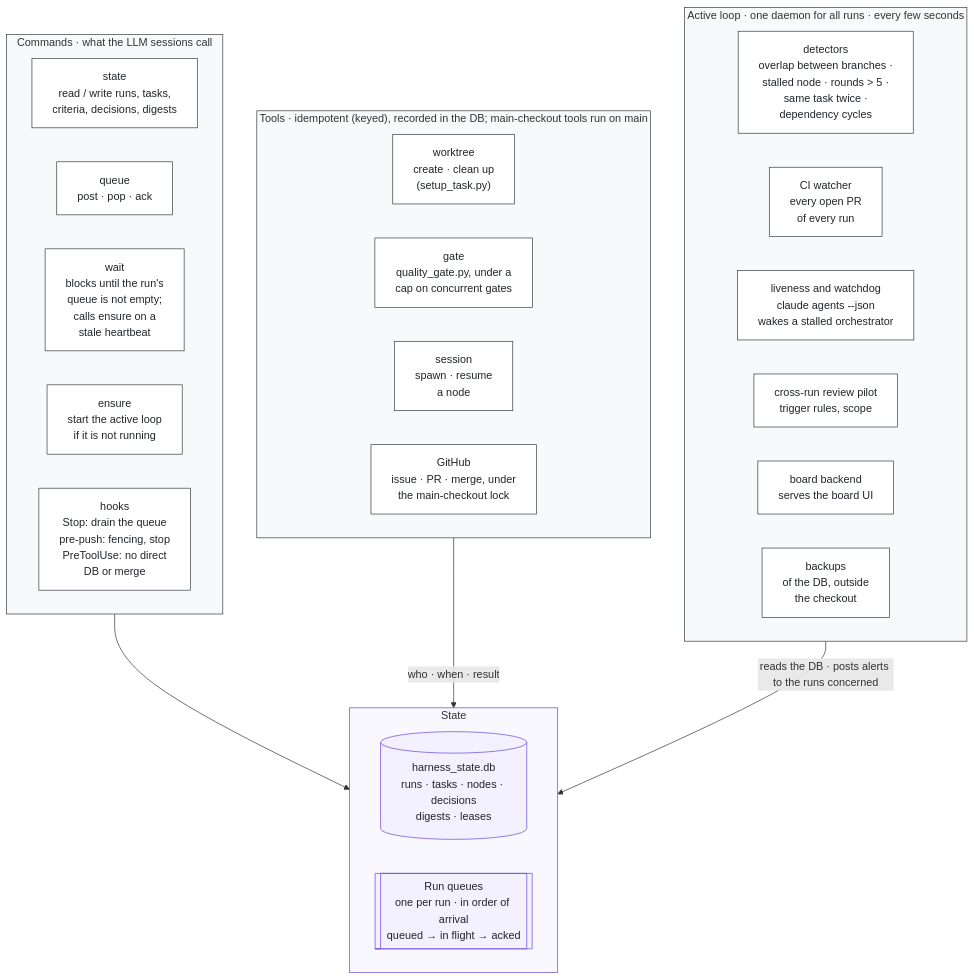
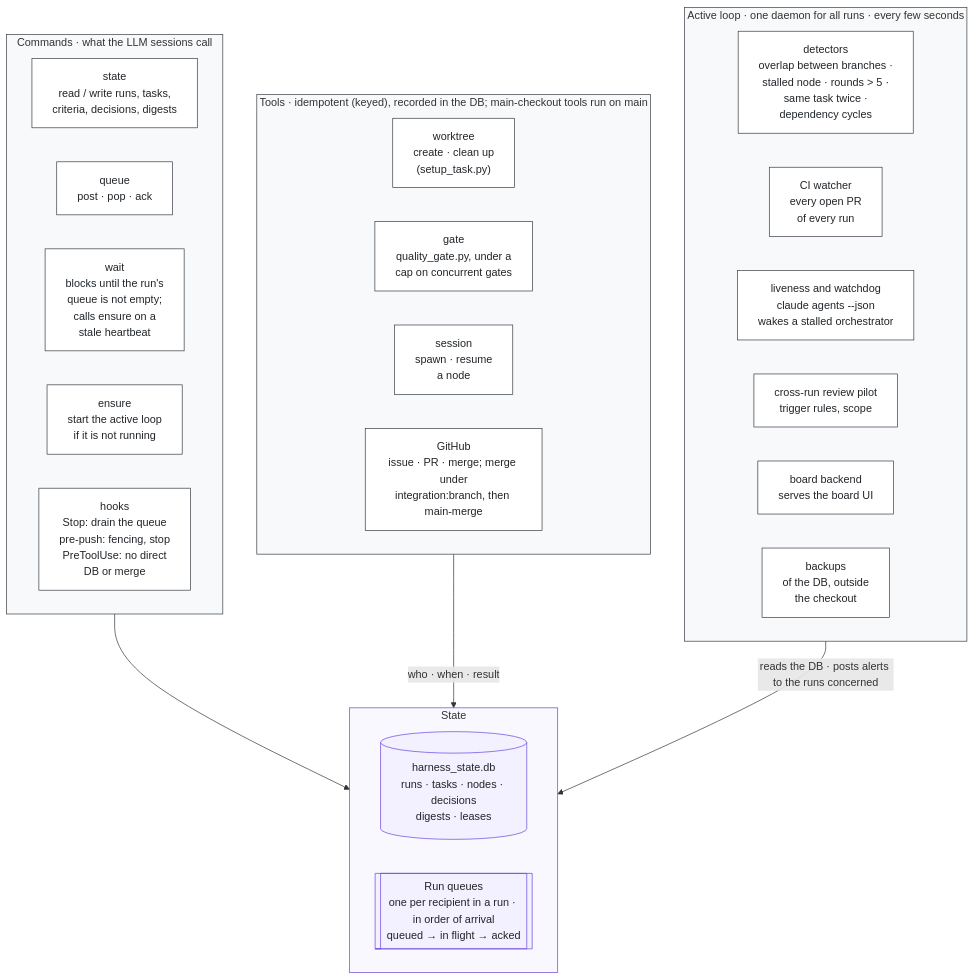
The second of 7 diagrams in docs/epics/QS-369.md (tmenguy/quiet-solar), drawn with Mermaid before and after one commit. The commit also changed other lines of this file, not shown here.

````diff
--- a/docs/epics/QS-369.md
+++ b/docs/epics/QS-369.md
@@ -626,44 +740,44 @@
 ```mermaid
 flowchart TB
     subgraph DOOR["Commands · what the LLM sessions call"]
         direction LR
         c1["state<br/>read / write runs, tasks,<br/>criteria, decisions, digests"]
         c2["queue<br/>post · pop · ack"]
         c3["wait<br/>blocks until the run's<br/>queue is not empty;<br/>calls ensure on a<br/>stale heartbeat"]
         c4["ensure<br/>start the active loop<br/>if it is not running"]
         c5["hooks<br/>Stop: drain the queue<br/>pre-push: fencing, stop<br/>PreToolUse: no direct<br/>DB or merge"]
     end
     subgraph TOOLS["Tools · idempotent (keyed), recorded in the DB; main-checkout tools run on main"]
         direction LR
         t1["worktree<br/>create · clean up<br/>(setup_task.py)"]
         t2["gate<br/>quality_gate.py, under a<br/>cap on concurrent gates"]
         t3["session<br/>spawn · resume<br/>a node"]
-        t4["GitHub<br/>issue · PR · merge, under<br/>the main-checkout lock"]
+        t4["GitHub<br/>issue · PR · merge; merge under<br/>integration:branch, then main-merge"]
     end
     subgraph STATE["State"]
         direction LR
         db[("harness_state.db<br/>runs · tasks · nodes · decisions<br/>digests · leases")]
-        q[["Run queues<br/>one per run · in order of arrival<br/>queued → in flight → acked"]]
+        q[["Run queues<br/>one per recipient in a run · in order of arrival<br/>queued → in flight → acked"]]
     end
     subgraph ACTIVE["Active loop · one daemon for all runs · every few seconds"]
         direction LR
         a1["detectors<br/>overlap between branches ·<br/>stalled node · rounds > 5 ·<br/>same task twice ·<br/>dependency cycles"]
         a2["CI watcher<br/>every open PR<br/>of every run"]
         a3["liveness and watchdog<br/>claude agents --json<br/>wakes a stalled orchestrator"]
         a4["cross-run review pilot<br/>trigger rules, scope"]
         a5["board backend<br/>serves the board UI"]
         a6["backups<br/>of the DB, outside<br/>the checkout"]
     end
     DOOR --> STATE
     TOOLS -->|"who · when · result"| STATE
     ACTIVE -->|"reads the DB · posts alerts to the runs concerned"| STATE
 
     classDef cpc fill:#FFFFFF,stroke:#343A40,color:#212529
     classDef st fill:#F3F0FF,stroke:#6741D9,color:#212529
     class c1,c2,c3,c4,c5,t1,t2,t3,t4,a1,a2,a3,a4,a5,a6 cpc
     class db,q st
     style DOOR fill:#F8F9FA,stroke:#343A40
     style TOOLS fill:#F8F9FA,stroke:#343A40
     style STATE fill:#FAF8FF,stroke:#6741D9
     style ACTIVE fill:#F8F9FA,stroke:#343A40
 ```
````
